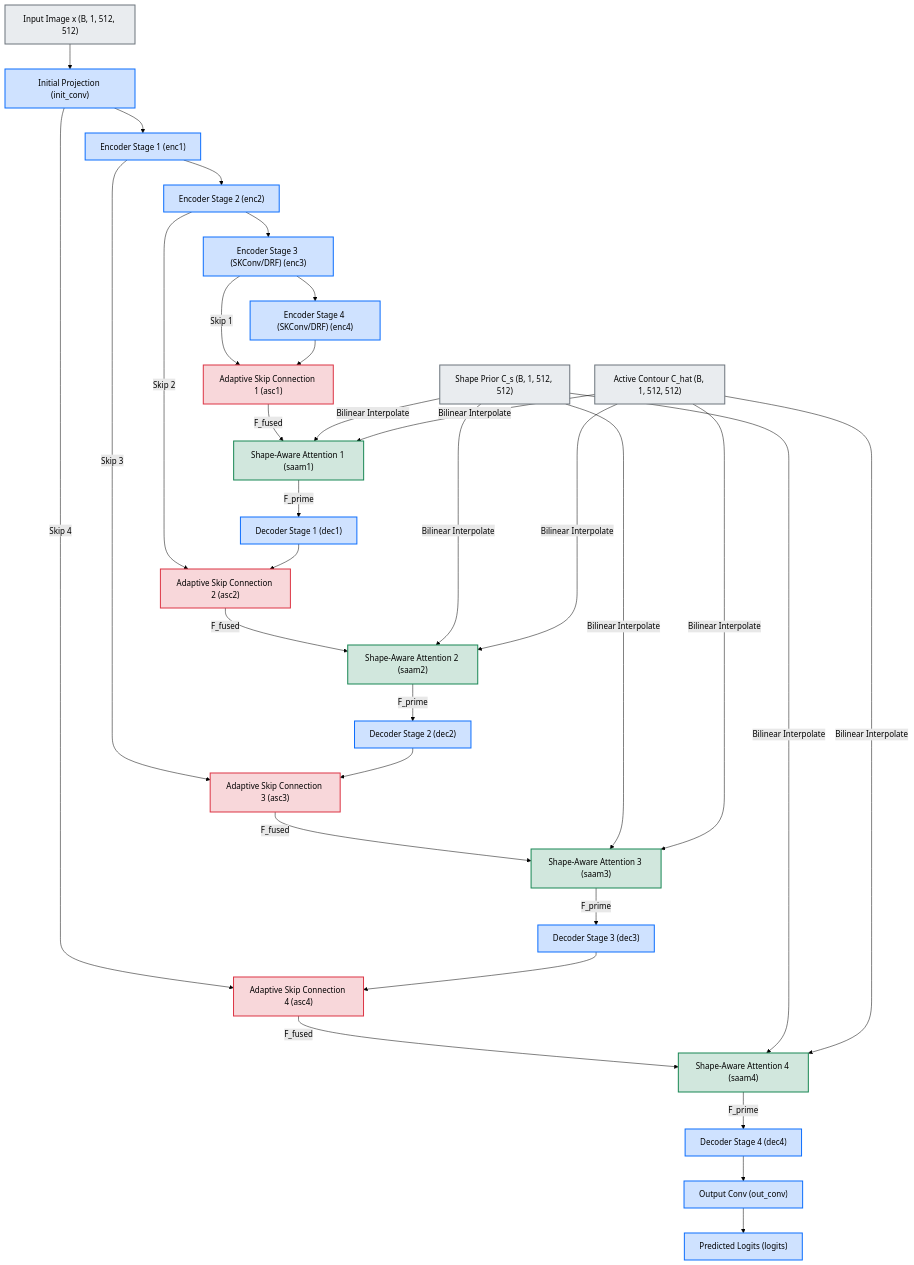
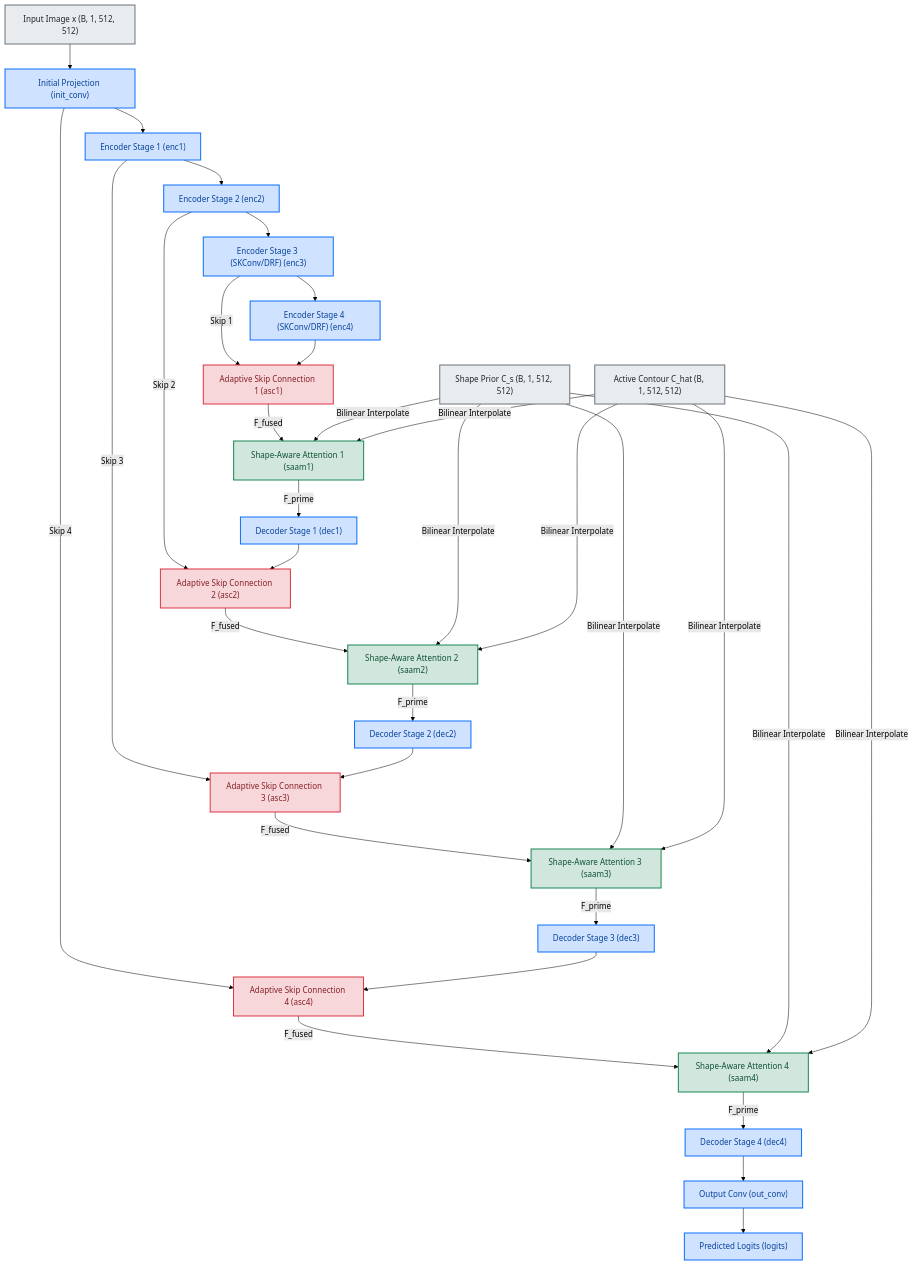
One commit to oldpig123/unet-expriment changed the diagram in README.md. Above: the diagram before and after it, drawn with Mermaid (forest theme).

Commit message:
Live-update: training metrics and plots updated

````diff
--- a/README.md
+++ b/README.md
@@ -173,26 +173,26 @@
     Dec4 --> OutConv
     OutConv --> Logits
 
-    style Img fill:#e9ecef,stroke:#6c757d,stroke-width:2px
-    style Cs fill:#e9ecef,stroke:#6c757d,stroke-width:2px
-    style Chat fill:#e9ecef,stroke:#6c757d,stroke-width:2px
-    style InitConv fill:#cfe2ff,stroke:#0d6efd,stroke-width:2px
-    style Enc1 fill:#cfe2ff,stroke:#0d6efd,stroke-width:2px
-    style Enc2 fill:#cfe2ff,stroke:#0d6efd,stroke-width:2px
-    style Enc3 fill:#cfe2ff,stroke:#0d6efd,stroke-width:2px
-    style Enc4 fill:#cfe2ff,stroke:#0d6efd,stroke-width:2px
-    style Dec1 fill:#cfe2ff,stroke:#0d6efd,stroke-width:2px
-    style Dec2 fill:#cfe2ff,stroke:#0d6efd,stroke-width:2px
-    style Dec3 fill:#cfe2ff,stroke:#0d6efd,stroke-width:2px
-    style Dec4 fill:#cfe2ff,stroke:#0d6efd,stroke-width:2px
-    style OutConv fill:#cfe2ff,stroke:#0d6efd,stroke-width:2px
-    style Logits fill:#cfe2ff,stroke:#0d6efd,stroke-width:2px
-    style SAAM1 fill:#d1e7dd,stroke:#198754,stroke-width:2px
-    style SAAM2 fill:#d1e7dd,stroke:#198754,stroke-width:2px
-    style SAAM3 fill:#d1e7dd,stroke:#198754,stroke-width:2px
-    style SAAM4 fill:#d1e7dd,stroke:#198754,stroke-width:2px
-    style ASC1 fill:#f8d7da,stroke:#dc3545,stroke-width:2px
-    style ASC2 fill:#f8d7da,stroke:#dc3545,stroke-width:2px
-    style ASC3 fill:#f8d7da,stroke:#dc3545,stroke-width:2px
-    style ASC4 fill:#f8d7da,stroke:#dc3545,stroke-width:2px
+    style Img fill:#e9ecef,stroke:#6c757d,stroke-width:2px,color:#212529
+    style Cs fill:#e9ecef,stroke:#6c757d,stroke-width:2px,color:#212529
+    style Chat fill:#e9ecef,stroke:#6c757d,stroke-width:2px,color:#212529
+    style InitConv fill:#cfe2ff,stroke:#0d6efd,stroke-width:2px,color:#084298
+    style Enc1 fill:#cfe2ff,stroke:#0d6efd,stroke-width:2px,color:#084298
+    style Enc2 fill:#cfe2ff,stroke:#0d6efd,stroke-width:2px,color:#084298
+    style Enc3 fill:#cfe2ff,stroke:#0d6efd,stroke-width:2px,color:#084298
+    style Enc4 fill:#cfe2ff,stroke:#0d6efd,stroke-width:2px,color:#084298
+    style Dec1 fill:#cfe2ff,stroke:#0d6efd,stroke-width:2px,color:#084298
+    style Dec2 fill:#cfe2ff,stroke:#0d6efd,stroke-width:2px,color:#084298
+    style Dec3 fill:#cfe2ff,stroke:#0d6efd,stroke-width:2px,color:#084298
+    style Dec4 fill:#cfe2ff,stroke:#0d6efd,stroke-width:2px,color:#084298
+    style OutConv fill:#cfe2ff,stroke:#0d6efd,stroke-width:2px,color:#084298
+    style Logits fill:#cfe2ff,stroke:#0d6efd,stroke-width:2px,color:#084298
+    style SAAM1 fill:#d1e7dd,stroke:#198754,stroke-width:2px,color:#0f5132
+    style SAAM2 fill:#d1e7dd,stroke:#198754,stroke-width:2px,color:#0f5132
+    style SAAM3 fill:#d1e7dd,stroke:#198754,stroke-width:2px,color:#0f5132
+    style SAAM4 fill:#d1e7dd,stroke:#198754,stroke-width:2px,color:#0f5132
+    style ASC1 fill:#f8d7da,stroke:#dc3545,stroke-width:2px,color:#842029
+    style ASC2 fill:#f8d7da,stroke:#dc3545,stroke-width:2px,color:#842029
+    style ASC3 fill:#f8d7da,stroke:#dc3545,stroke-width:2px,color:#842029
+    style ASC4 fill:#f8d7da,stroke:#dc3545,stroke-width:2px,color:#842029
 ```
````
